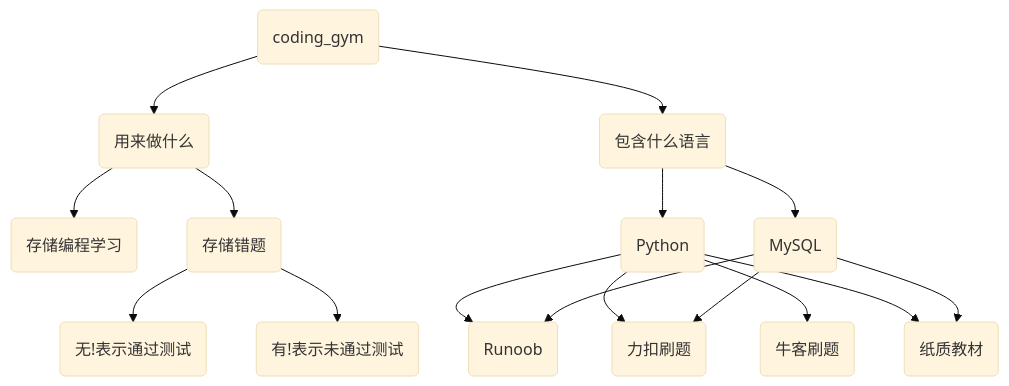
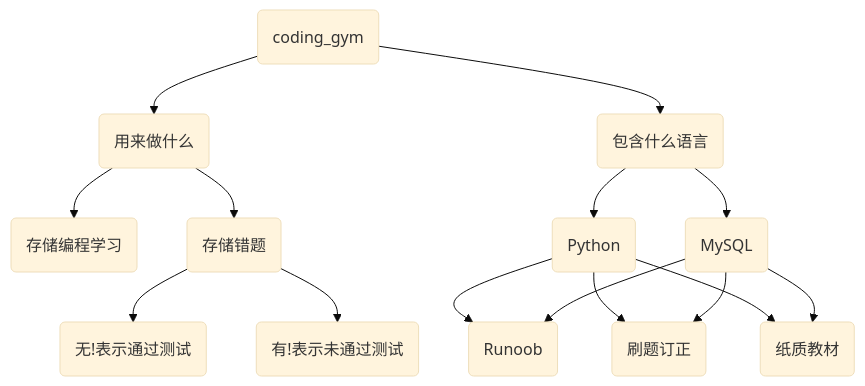
Before and after one commit to Moveable-Feast/coding_gym: the diagram in README.md, drawn with Mermaid (base theme).

Commit message:
Update links in README.md for clarity

````diff
--- a/README.md
+++ b/README.md
@@ -7,23 +7,22 @@
 ```mermaid
 graph TD
 rt(coding_gym) --> l1(用来做什么)
 rt(coding_gym) --> l2(包含什么语言)
 
 l1 --> l11(存储编程学习)
 l1 --> l12(存储错题)
 
 l12 --> l121(无!表示通过测试)
 l12 --> l122(有!表示未通过测试)
 
 l2 --> l21(Python)
 l2 --> l22(MySQL)
 
 l21 --> l211(Runoob)
-l21 --> l212(力扣刷题)
-l21 --> l213(牛客刷题)
-l21 --> l214(纸质教材)
+l21 --> l212(刷题订正)
+l21 --> l213(纸质教材)
 
 l22 --> l211
 l22 --> l212
-l22 --> l214
+l22 --> l213
 ```
````
